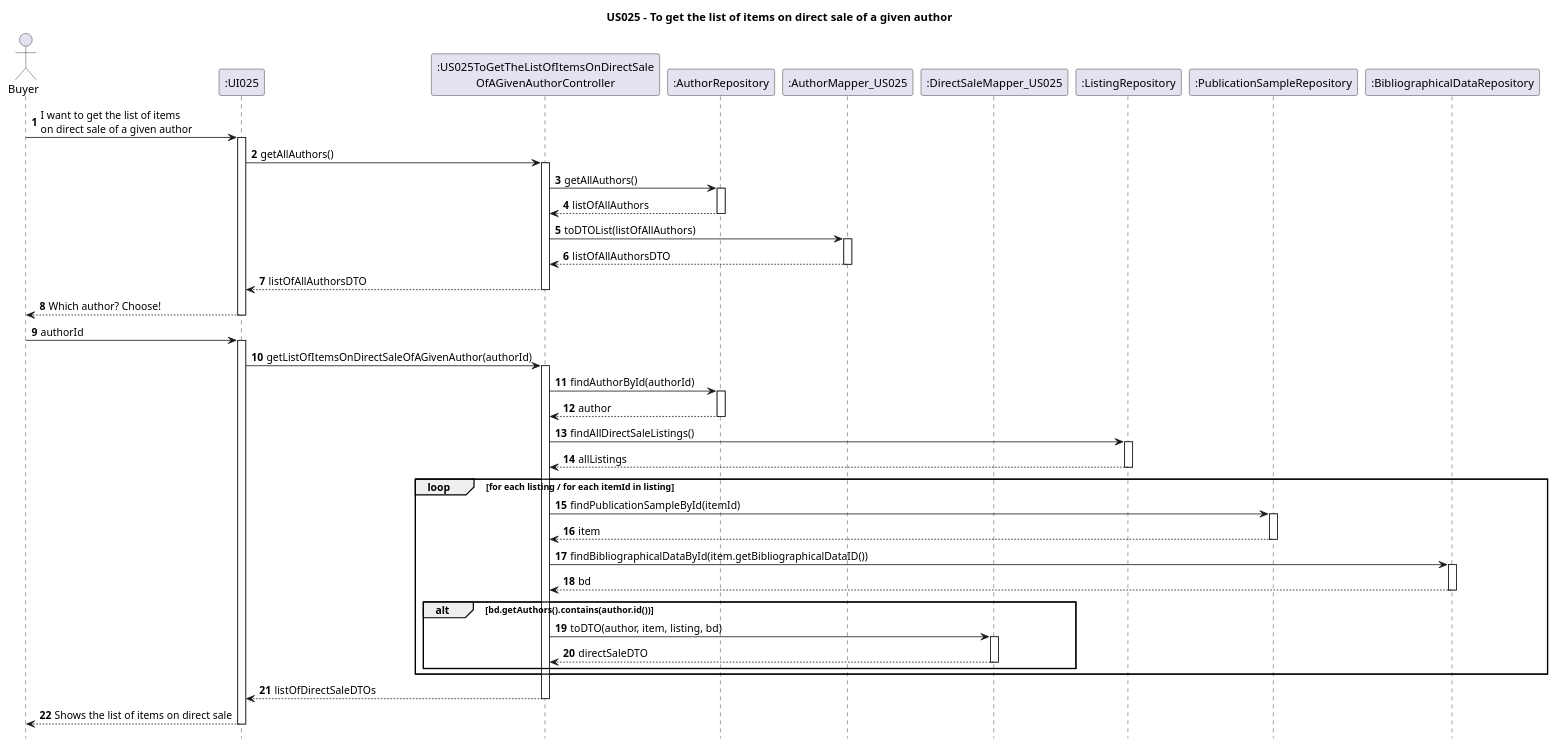
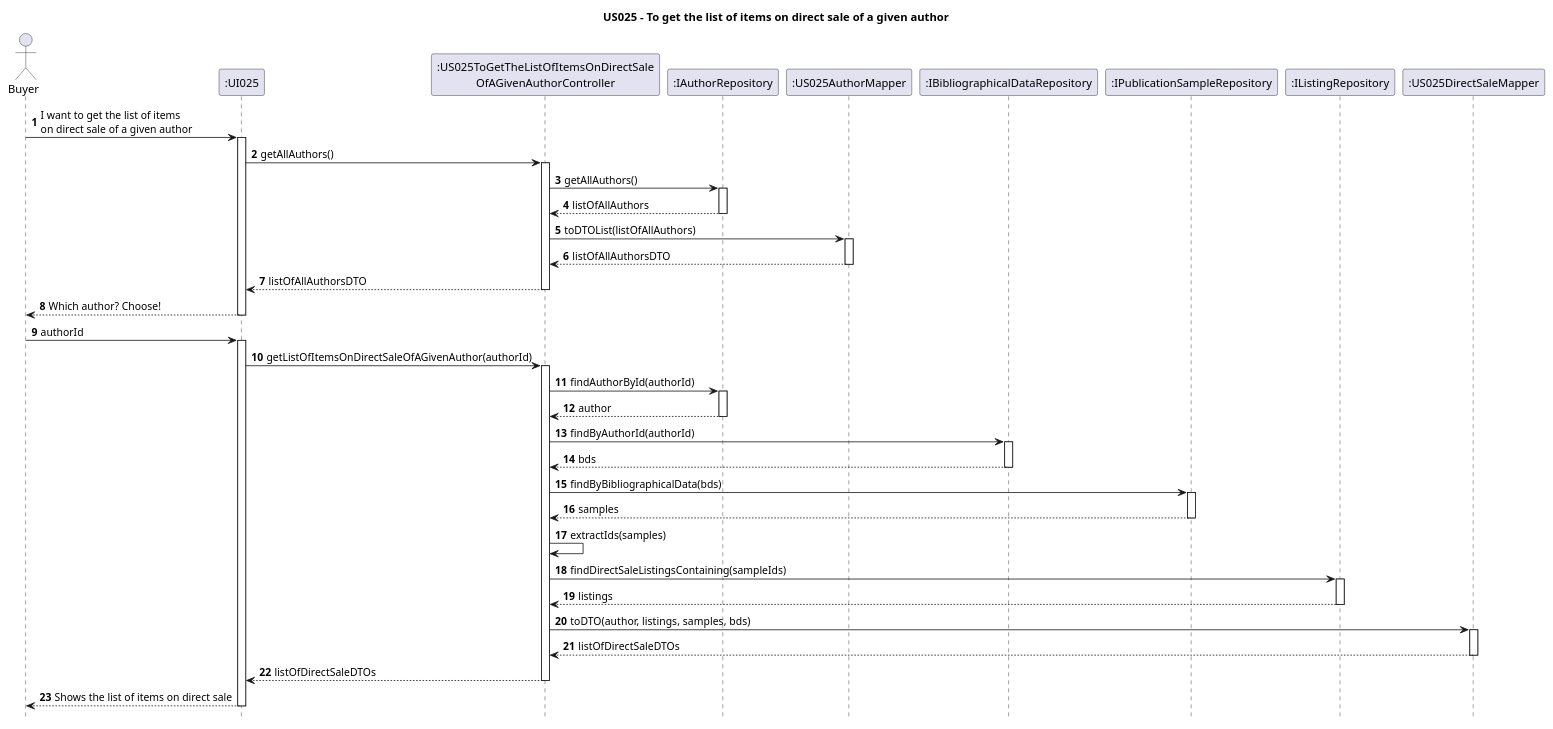
The diagram in Diagrams/SequenceDiagrams/N2/US025-to-get-the-list-of-items-on-direct-sale-of-a-given-author.puml (AndrePereiraGitH/SWitCH-Project-Team_A), drawn with PlantUML before and after one commit. The commit also changed 14 other files, not shown here.

```diff
--- a/Diagrams/SequenceDiagrams/N2/US025-to-get-the-list-of-items-on-direct-sale-of-a-given-author.puml
+++ b/Diagrams/SequenceDiagrams/N2/US025-to-get-the-list-of-items-on-direct-sale-of-a-given-author.puml
@@ -1,85 +1,81 @@
 @startuml
 
 hide footbox
 autonumber
 title US025 - To get the list of items on direct sale of a given author
 
 actor Buyer
 
 ' Participants
 participant ":UI025" as UI025
 participant ":US025ToGetTheListOfItemsOnDirectSale\nOfAGivenAuthorController" as Ctrl
-participant ":AuthorRepository" as AuthorRepository
-participant ":AuthorMapper_US025" as AuthorMapper
-participant ":DirectSaleMapper_US025" as Mapper
-participant ":ListingRepository" as ListingRepository
-participant ":PublicationSampleRepository" as PublicationSampleRepository
-participant ":BibliographicalDataRepository" as BibliographicalDataRepository
+participant ":IAuthorRepository" as AuthorRepository
+participant ":US025AuthorMapper" as AuthorMapper
+participant ":IBibliographicalDataRepository" as BibliographicalDataRepository
+participant ":IPublicationSampleRepository" as PublicationSampleRepository
+participant ":IListingRepository" as ListingRepository
+participant ":US025DirectSaleMapper" as Mapper
 
 ' Interactions
 Buyer -> UI025 : I want to get the list of items\non direct sale of a given author
 activate UI025
 
 UI025 -> Ctrl : getAllAuthors()
 activate Ctrl
 
 Ctrl -> AuthorRepository : getAllAuthors()
 activate AuthorRepository
 AuthorRepository --> Ctrl : listOfAllAuthors
 deactivate AuthorRepository
 
 Ctrl -> AuthorMapper : toDTOList(listOfAllAuthors)
 activate AuthorMapper
 AuthorMapper --> Ctrl : listOfAllAuthorsDTO
 deactivate AuthorMapper
 
 Ctrl --> UI025 : listOfAllAuthorsDTO
 deactivate Ctrl
 
 UI025 --> Buyer : Which author? Choose!
 deactivate UI025
 
 Buyer -> UI025 : authorId
 activate UI025
 
 UI025 -> Ctrl : getListOfItemsOnDirectSaleOfAGivenAuthor(authorId)
 activate Ctrl
 
 Ctrl -> AuthorRepository : findAuthorById(authorId)
 activate AuthorRepository
 AuthorRepository --> Ctrl : author
 deactivate AuthorRepository
 
-Ctrl -> ListingRepository : findAllDirectSaleListings()
+Ctrl -> BibliographicalDataRepository : findByAuthorId(authorId)
+activate BibliographicalDataRepository
+BibliographicalDataRepository --> Ctrl : bds
+deactivate BibliographicalDataRepository
+
+Ctrl -> PublicationSampleRepository : findByBibliographicalData(bds)
+activate PublicationSampleRepository
+PublicationSampleRepository --> Ctrl : samples
+deactivate PublicationSampleRepository
+
+Ctrl -> Ctrl : extractIds(samples)
+
+Ctrl -> ListingRepository : findDirectSaleListingsContaining(sampleIds)
 activate ListingRepository
-ListingRepository --> Ctrl : allListings
+ListingRepository --> Ctrl : listings
 deactivate ListingRepository
 
-loop for each listing / for each itemId in listing
-
-    Ctrl -> PublicationSampleRepository : findPublicationSampleById(itemId)
-    activate PublicationSampleRepository
-    PublicationSampleRepository --> Ctrl : item
-    deactivate PublicationSampleRepository
-
-    Ctrl -> BibliographicalDataRepository : findBibliographicalDataById(item.getBibliographicalDataID())
-    activate BibliographicalDataRepository
-    BibliographicalDataRepository --> Ctrl : bd
-    deactivate BibliographicalDataRepository
-
-    alt bd.getAuthors().contains(author.id())
-        Ctrl -> Mapper : toDTO(author, item, listing, bd)
-        activate Mapper
-        Mapper --> Ctrl : directSaleDTO
-        deactivate Mapper
-    end
-
-end
+Ctrl -> Mapper : toDTO(author, listings, samples, bds)
+activate Mapper
+Mapper --> Ctrl : listOfDirectSaleDTOs
+deactivate Mapper
 
 Ctrl --> UI025 : listOfDirectSaleDTOs
 deactivate Ctrl
 
 UI025 --> Buyer : Shows the list of items on direct sale
 deactivate UI025
 
 @enduml
```
